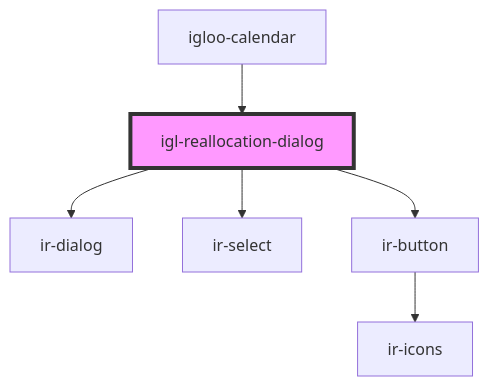
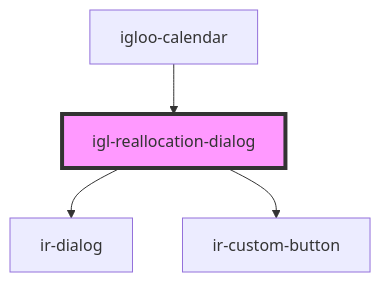
The diagram in src/components/igloo-calendar/igl-reallocation-dialog/readme.md (David1Chowaifaty/modified-ir-webcmp), drawn with Mermaid before and after one commit. The commit also changed other lines of this file and 77 other files, not shown here.

````diff
--- a/src/components/igloo-calendar/igl-reallocation-dialog/readme.md
+++ b/src/components/igloo-calendar/igl-reallocation-dialog/readme.md
@@ -37,9 +36,7 @@
 ```mermaid
 graph TD;
   igl-reallocation-dialog --> ir-dialog
-  igl-reallocation-dialog --> ir-select
-  igl-reallocation-dialog --> ir-button
-  ir-button --> ir-icons
+  igl-reallocation-dialog --> ir-custom-button
   igloo-calendar --> igl-reallocation-dialog
   style igl-reallocation-dialog fill:#f9f,stroke:#333,stroke-width:4px
 ```
````
